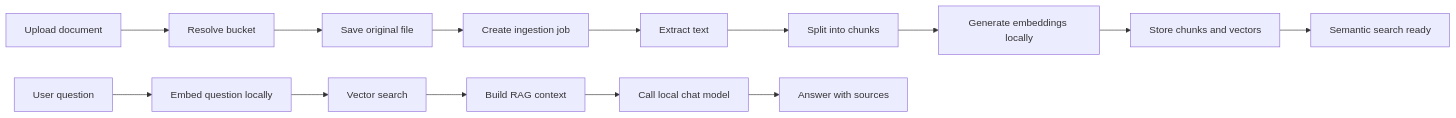
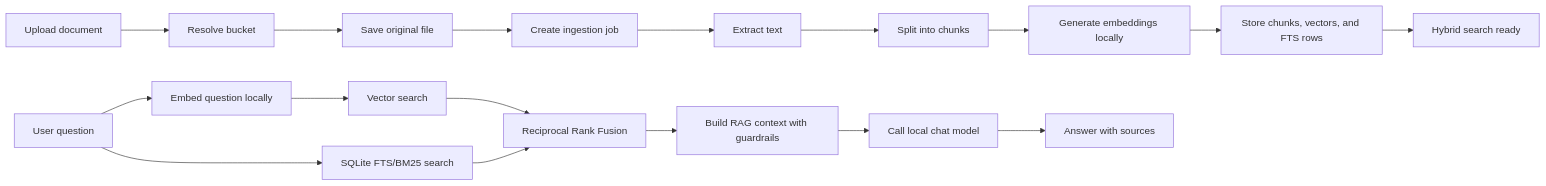
The second of 3 diagrams in docs/architecture/rag-pipeline.md (Ermolz69/localmind-rag), drawn with Mermaid before and after one commit. The commit also changed other lines of this file and 20 other files, not shown here.

First line of the commit message:
Add hybrid BM25 and vector retrieval (#63)

````diff
--- a/docs/architecture/rag-pipeline.md
+++ b/docs/architecture/rag-pipeline.md
@@ -45,17 +45,20 @@
 ```mermaid
 flowchart LR
     Upload["Upload document"] --> ResolveBucket["Resolve bucket"]
     ResolveBucket --> SaveFile["Save original file"]
     SaveFile --> Job["Create ingestion job"]
     Job --> Extract["Extract text"]
     Extract --> Chunk["Split into chunks"]
     Chunk --> Embed["Generate embeddings locally"]
-    Embed --> Store["Store chunks and vectors"]
-    Store --> SearchReady["Semantic search ready"]
+    Embed --> Store["Store chunks, vectors, and FTS rows"]
+    Store --> SearchReady["Hybrid search ready"]
 
     Question["User question"] --> EmbedQuestion["Embed question locally"]
+    Question --> KeywordSearch["SQLite FTS/BM25 search"]
     EmbedQuestion --> VectorSearch["Vector search"]
-    VectorSearch --> Context["Build RAG context"]
+    VectorSearch --> Fusion["Reciprocal Rank Fusion"]
+    KeywordSearch --> Fusion
+    Fusion --> Context["Build RAG context with guardrails"]
     Context --> Chat["Call local chat model"]
     Chat --> Answer["Answer with sources"]
 ```
````
